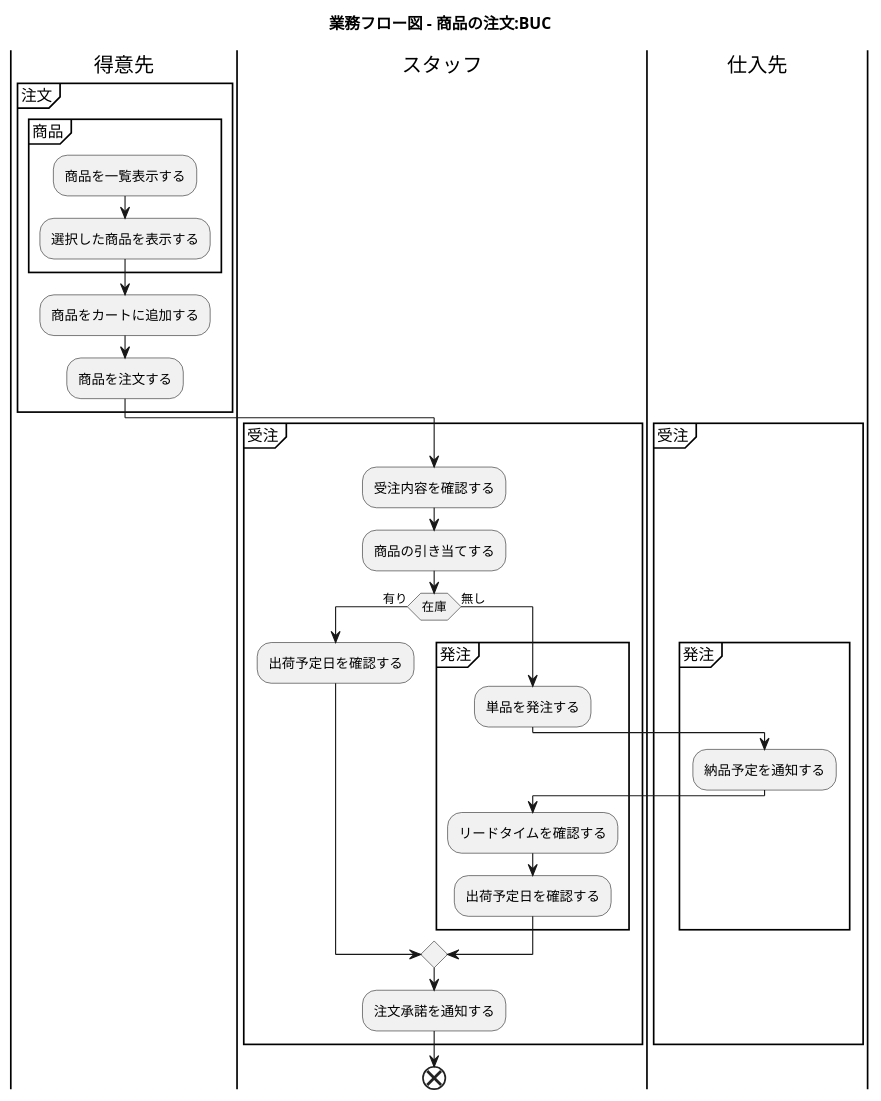
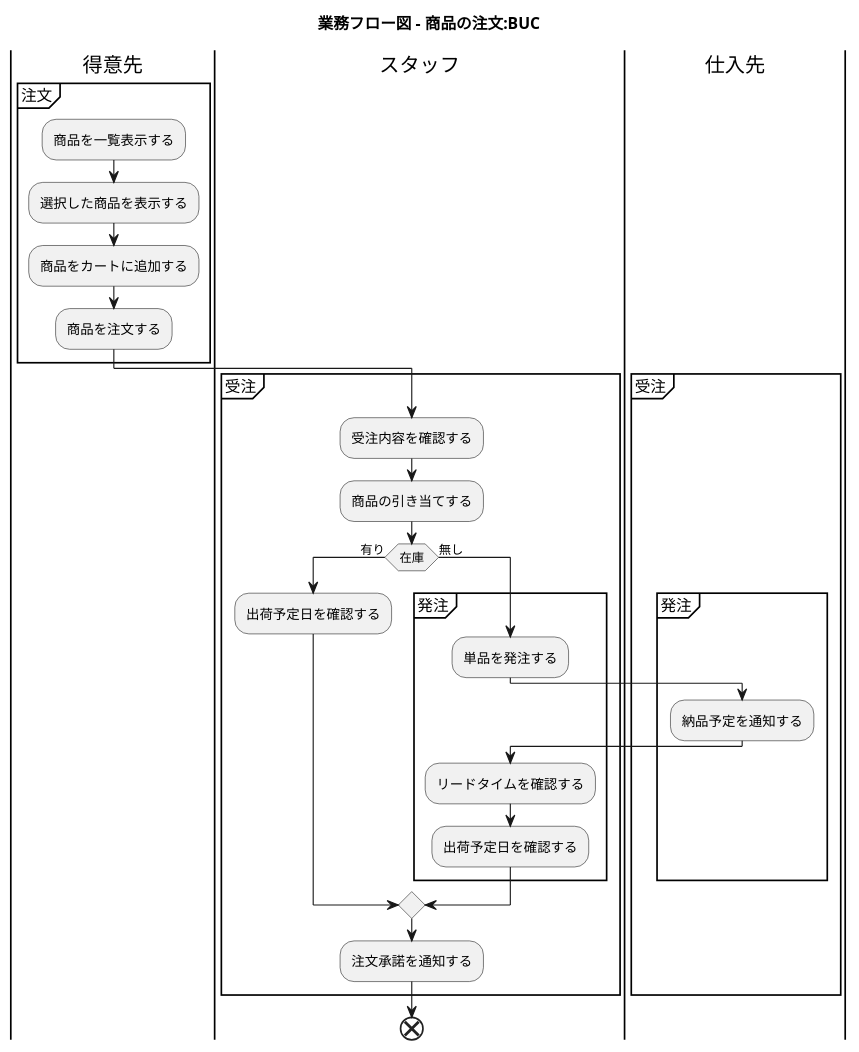
Before and after one commit to k2works/application_programing_excercise_2022: the eighth of 49 diagrams in docs/index.adoc, drawn with PlantUML. The commit also changed other lines of this file, not shown here.

```diff
--- a/docs/index.adoc
+++ b/docs/index.adoc
@@ -345,39 +323,37 @@
 [plantuml]
 ----
 @startuml
 
 title 業務フロー図 - 商品の注文:BUC
 
 |得意先|
 partition 注文 {
-    partition 商品 {
-        :商品を一覧表示する;
-        :選択した商品を表示する;
-    }
+    :商品を一覧表示する;
+    :選択した商品を表示する;
     :商品をカートに追加する;
     :商品を注文する;
 }
 
 |スタッフ|
 partition 受注 {
     :受注内容を確認する;
     :商品の引き当てする;
     if (在庫) then (有り)
      :出荷予定日を確認する;
     else (無し)
      partition 発注 {
          :単品を発注する;
          |仕入先|
          :納品予定を通知する;
          |スタッフ|
          :リードタイムを確認する;
          :出荷予定日を確認する;
      }
     endif
     :注文承諾を通知する;
 }
 
 end
 
 @enduml
 ----
```
